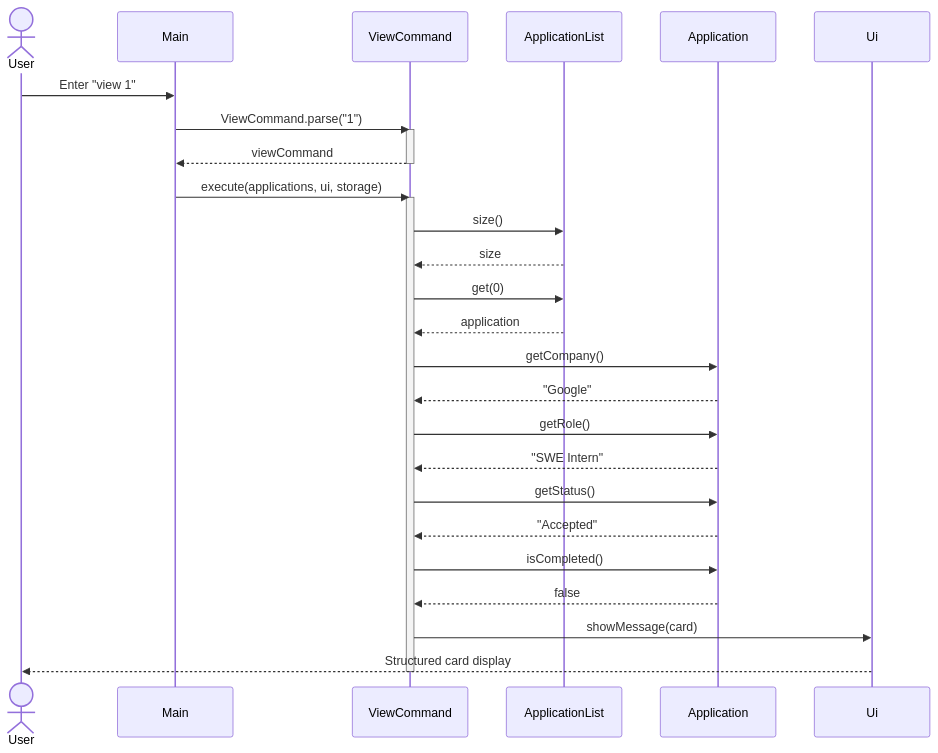
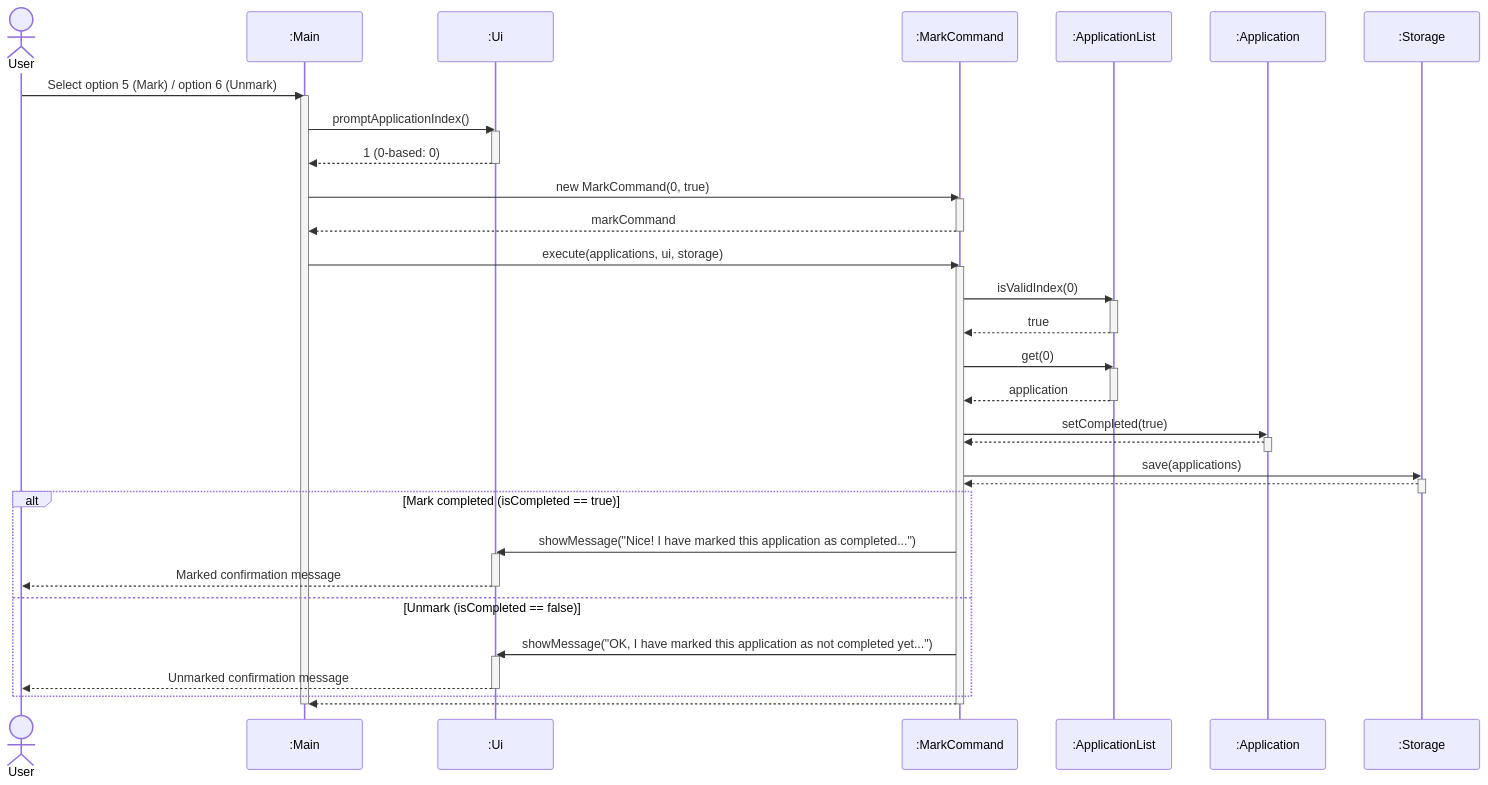
Before and after one commit to AY2627S1-CS2113-T10-2/tp: the seventh of 19 diagrams in docs/DeveloperGuide.md, drawn with Mermaid. The commit also changed other lines of this file, not shown here.

First line of the commit message:
docs: overhaul DeveloperGuide diagrams and fix rich display error

````diff
--- a/docs/DeveloperGuide.md
+++ b/docs/DeveloperGuide.md
@@ -167,31 +575,55 @@
 ```mermaid
 sequenceDiagram
-    actor User
-    participant Main
-    participant ViewCommand
-    participant ApplicationList
-    participant Application
-    participant Ui
-    User->>Main: Enter "view 1"
-    Main->>ViewCommand: ViewCommand.parse("1")
-    activate ViewCommand
-    ViewCommand-->>Main: viewCommand
-    deactivate ViewCommand
-    Main->>ViewCommand: execute(applications, ui, storage)
-    activate ViewCommand
-    ViewCommand->>ApplicationList: size()
-    ApplicationList-->>ViewCommand: size
-    ViewCommand->>ApplicationList: get(0)
-    ApplicationList-->>ViewCommand: application
-    ViewCommand->>Application: getCompany()
-    Application-->>ViewCommand: "Google"
-    ViewCommand->>Application: getRole()
-    Application-->>ViewCommand: "SWE Intern"
-    ViewCommand->>Application: getStatus()
-    Application-->>ViewCommand: "Accepted"
-    ViewCommand->>Application: isCompleted()
-    Application-->>ViewCommand: false
-    ViewCommand->>Ui: showMessage(card)
-    Ui-->>User: Structured card display
-    deactivate ViewCommand
+    actor user as User
+    participant main as :Main
+    participant ui as :Ui
+    participant cmd as :MarkCommand
+    participant list as :ApplicationList
+    participant app as :Application
+    participant storage as :Storage
+
+    user->>main: Select option 5 (Mark) / option 6 (Unmark)
+    activate main
+    main->>ui: promptApplicationIndex()
+    activate ui
+    ui-->>main: 1 (0-based: 0)
+    deactivate ui
+    main->>cmd: new MarkCommand(0, true)
+    activate cmd
+    cmd-->>main: markCommand
+    deactivate cmd
+    main->>cmd: execute(applications, ui, storage)
+    activate cmd
+    cmd->>list: isValidIndex(0)
+    activate list
+    list-->>cmd: true
+    deactivate list
+    cmd->>list: get(0)
+    activate list
+    list-->>cmd: application
+    deactivate list
+    cmd->>app: setCompleted(true)
+    activate app
+    app-->>cmd: 
+    deactivate app
+    cmd->>storage: save(applications)
+    activate storage
+    storage-->>cmd: 
+    deactivate storage
+
+    alt Mark completed (isCompleted == true)
+        cmd->>ui: showMessage("Nice! I have marked this application as completed...")
+        activate ui
+        ui-->>user: Marked confirmation message
+        deactivate ui
+    else Unmark (isCompleted == false)
+        cmd->>ui: showMessage("OK, I have marked this application as not completed yet...")
+        activate ui
+        ui-->>user: Unmarked confirmation message
+        deactivate ui
+    end
+
+    cmd-->>main: 
+    deactivate cmd
+    deactivate main
 ```
````
